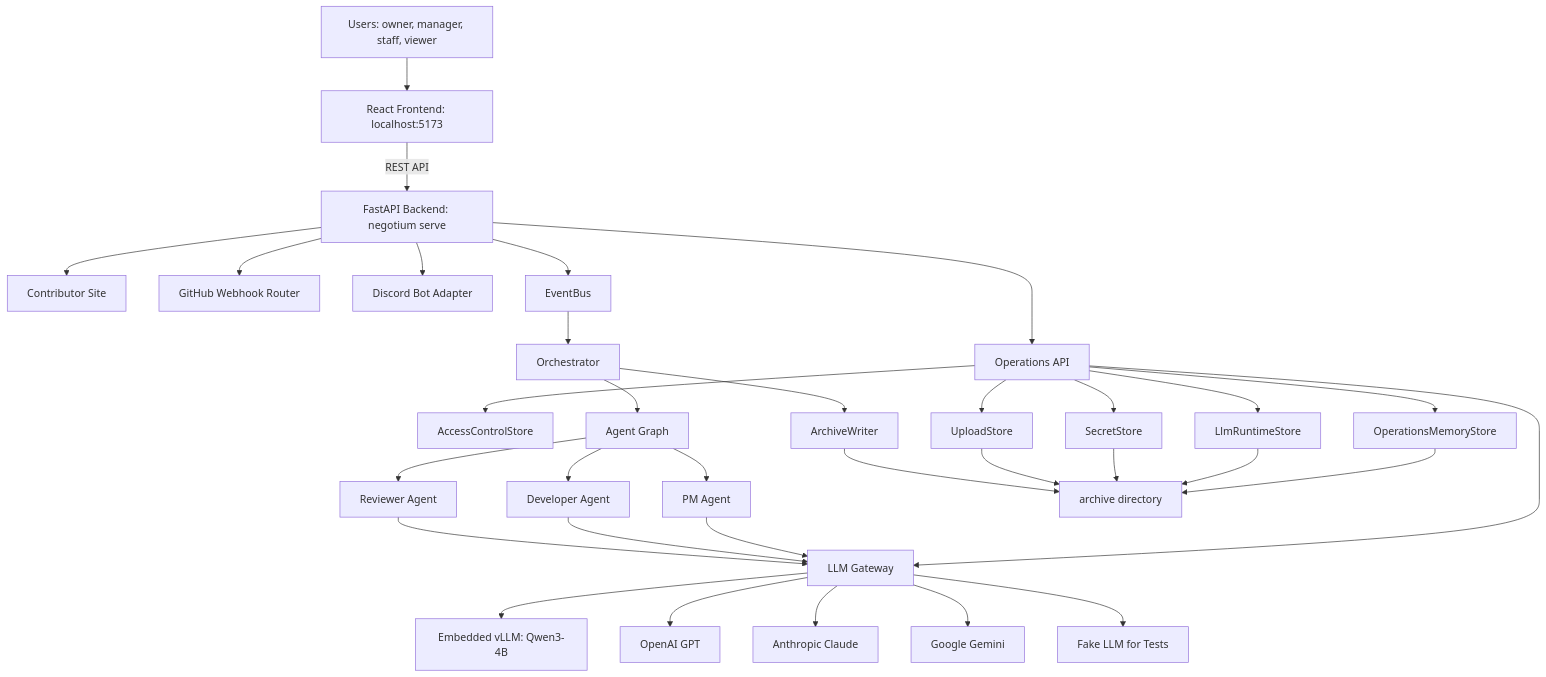
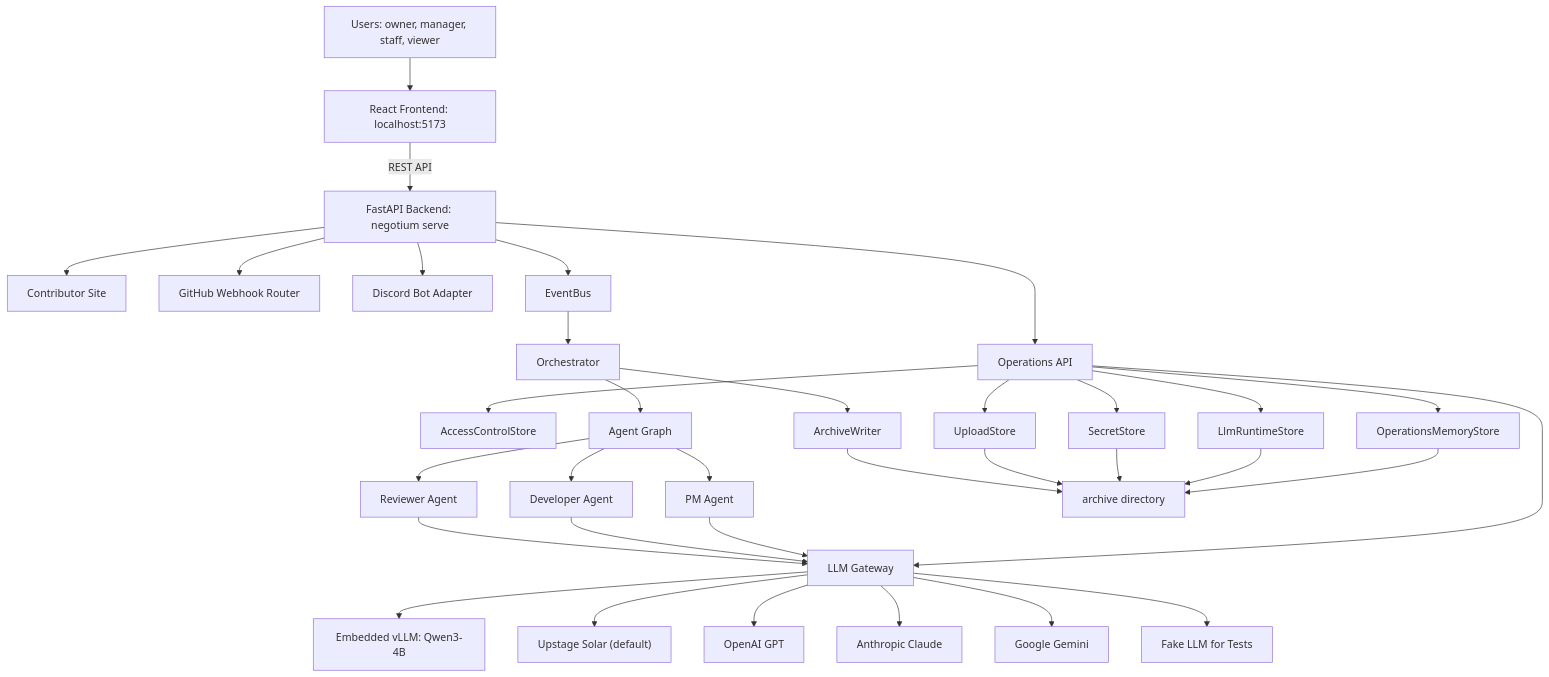
One commit to PatchMachine/Negotium changed the first of 9 diagrams in docs/architecture.md. Above: the diagram before and after it, drawn with Mermaid. The commit also changed other lines of this file and 2 other files, not shown here.

First line of the commit message:
Update docs for Negotium + Solar: README migration guide, CLAUDE.md, architecture diagrams

````diff
--- a/docs/architecture.md
+++ b/docs/architecture.md
@@ -7,42 +7,43 @@
 ```mermaid
 flowchart TB
   User["Users: owner, manager, staff, viewer"] --> Frontend["React Frontend: localhost:5173"]
 
   Frontend -->|"REST API"| FastAPI["FastAPI Backend: negotium serve"]
 
   FastAPI --> OperationsAPI["Operations API"]
   FastAPI --> ContributorSite["Contributor Site"]
   FastAPI --> GithubWebhook["GitHub Webhook Router"]
   FastAPI --> DiscordBot["Discord Bot Adapter"]
 
   OperationsAPI --> AccessControl["AccessControlStore"]
   OperationsAPI --> SecretStore["SecretStore"]
   OperationsAPI --> UploadStore["UploadStore"]
   OperationsAPI --> OperationsMemory["OperationsMemoryStore"]
   OperationsAPI --> LlmRuntime["LlmRuntimeStore"]
   OperationsAPI --> LlmGateway["LLM Gateway"]
 
   LlmGateway --> LocalVllm["Embedded vLLM: Qwen3-4B"]
+  LlmGateway --> Solar["Upstage Solar (default)"]
   LlmGateway --> OpenAI["OpenAI GPT"]
   LlmGateway --> Claude["Anthropic Claude"]
   LlmGateway --> Gemini["Google Gemini"]
   LlmGateway --> FakeLLM["Fake LLM for Tests"]
 
   FastAPI --> EventBus["EventBus"]
   EventBus --> Orchestrator["Orchestrator"]
   Orchestrator --> AgentGraph["Agent Graph"]
   AgentGraph --> PmAgent["PM Agent"]
   AgentGraph --> DevAgent["Developer Agent"]
   AgentGraph --> ReviewerAgent["Reviewer Agent"]
 
   PmAgent --> LlmGateway
   DevAgent --> LlmGateway
   ReviewerAgent --> LlmGateway
 
   OperationsMemory --> Archive["archive directory"]
   LlmRuntime --> Archive
   SecretStore --> Archive
   UploadStore --> Archive
   Orchestrator --> ArchiveWriter["ArchiveWriter"]
   ArchiveWriter --> Archive
 ```
````
